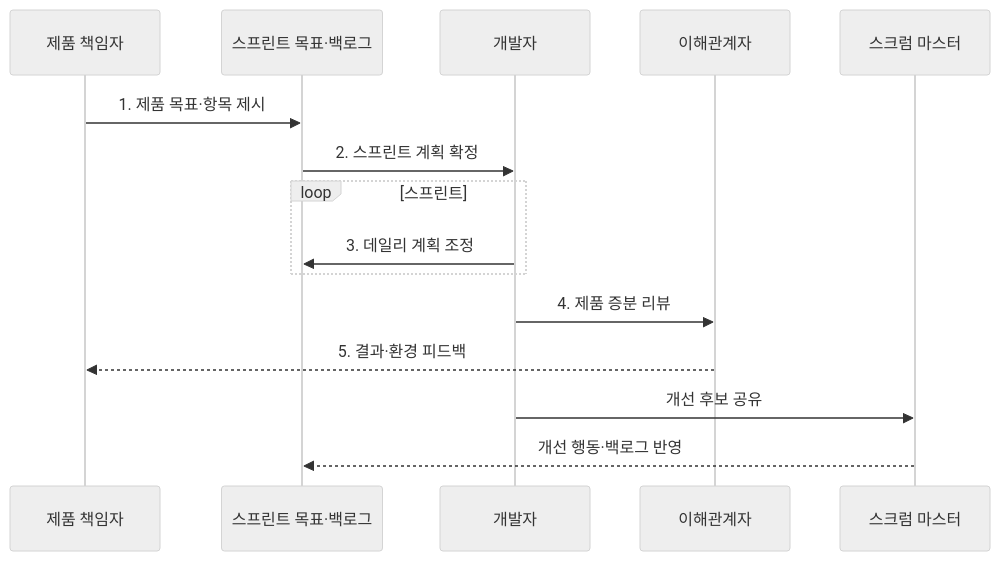
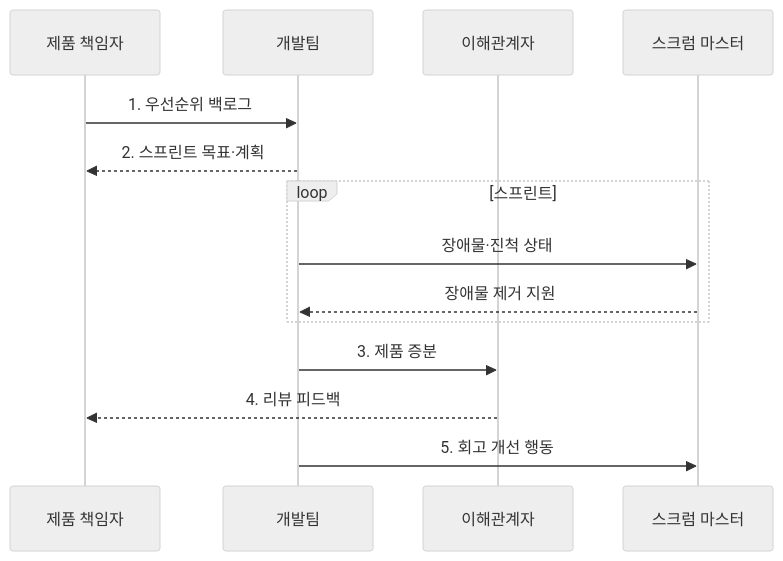
One commit to agnusdei1207/knowledge-base changed the second of 2 diagrams in src/content/docs/notes/03-software/032_agile_scrum.md. Above: the diagram before and after it, drawn with Mermaid (neutral theme). The commit also changed other lines of this file and 20 other files, not shown here.

````diff
--- a/src/content/docs/notes/03-software/032_agile_scrum.md
+++ b/src/content/docs/notes/03-software/032_agile_scrum.md
@@ -89,17 +92,16 @@
 ```mermaid
 sequenceDiagram
     participant O as 제품 책임자
-    participant B as 스프린트 목표·백로그
-    participant D as 개발자
+    participant D as 개발팀
     participant S as 이해관계자
     participant M as 스크럼 마스터
-    O->>B: 1. 제품 목표·항목 제시
-    B->>D: 2. 스프린트 계획 확정
+    O->>D: 1. 우선순위 백로그
+    D-->>O: 2. 스프린트 목표·계획
     loop 스프린트
-        D->>B: 3. 데일리 계획 조정
+        D->>M: 장애물·진척 상태
+        M-->>D: 장애물 제거 지원
     end
-    D->>S: 4. 제품 증분 리뷰
-    S-->>O: 5. 결과·환경 피드백
-    D->>M: 개선 후보 공유
-    M-->>B: 개선 행동·백로그 반영
+    D->>S: 3. 제품 증분
+    S-->>O: 4. 리뷰 피드백
+    D->>M: 5. 회고 개선 행동
 ```
````
